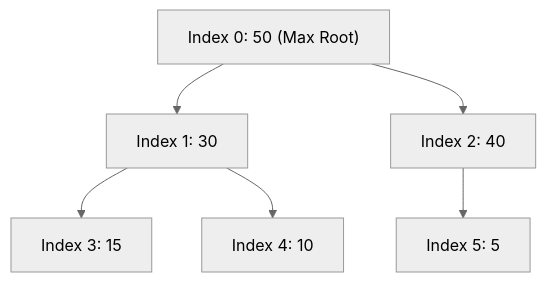
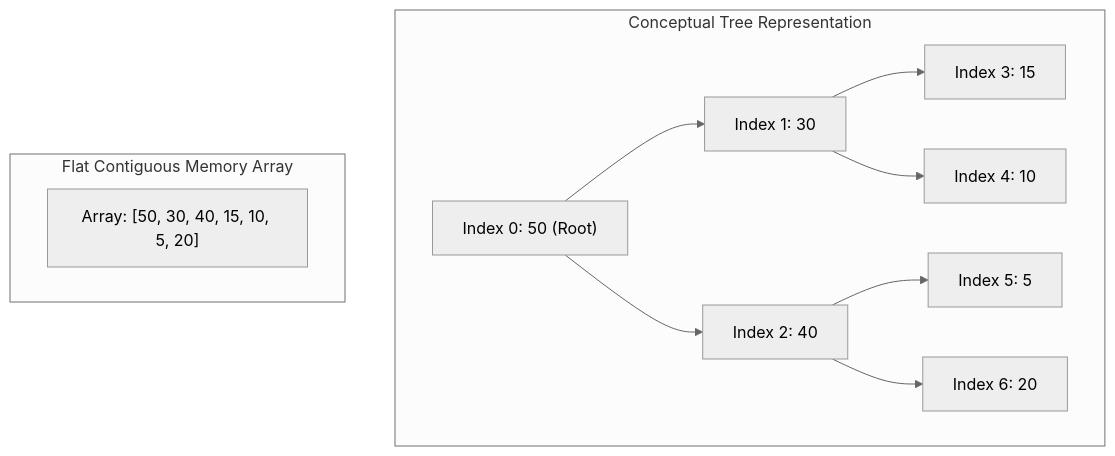
One commit to Amie-dev/engineering-playbook changed the first of 2 diagrams in js-dsa/14-heaps.md. Above: the diagram before and after it, drawn with Mermaid (neutral theme). The commit also changed other lines of this file and 24 other files, not shown here.

````diff
--- a/js-dsa/14-heaps.md
+++ b/js-dsa/14-heaps.md
@@ -10,10 +15,17 @@
 ```mermaid
 graph TD
-    Root["Index 0: 50 (Max Root)"] --> Left["Index 1: 30"]
-    Root --> Right["Index 2: 40"]
-    
-    Left --> L1["Index 3: 15"]
-    Left --> L2["Index 4: 10"]
+    subgraph Conceptual Tree Representation
+        N0["Index 0: 50 (Root)"] --> N1["Index 1: 30"]
+        N0 --> N2["Index 2: 40"]
 
-    Right --> R1["Index 5: 5"]
+        N1 --> N3["Index 3: 15"]
+        N1 --> N4["Index 4: 10"]
+
+        N2 --> N5["Index 5: 5"]
+        N2 --> N6["Index 6: 20"]
+    end
+
+    subgraph Flat Contiguous Memory Array
+        Arr["Array: [50, 30, 40, 15, 10, 5, 20]"]
+    end
 ```
````
